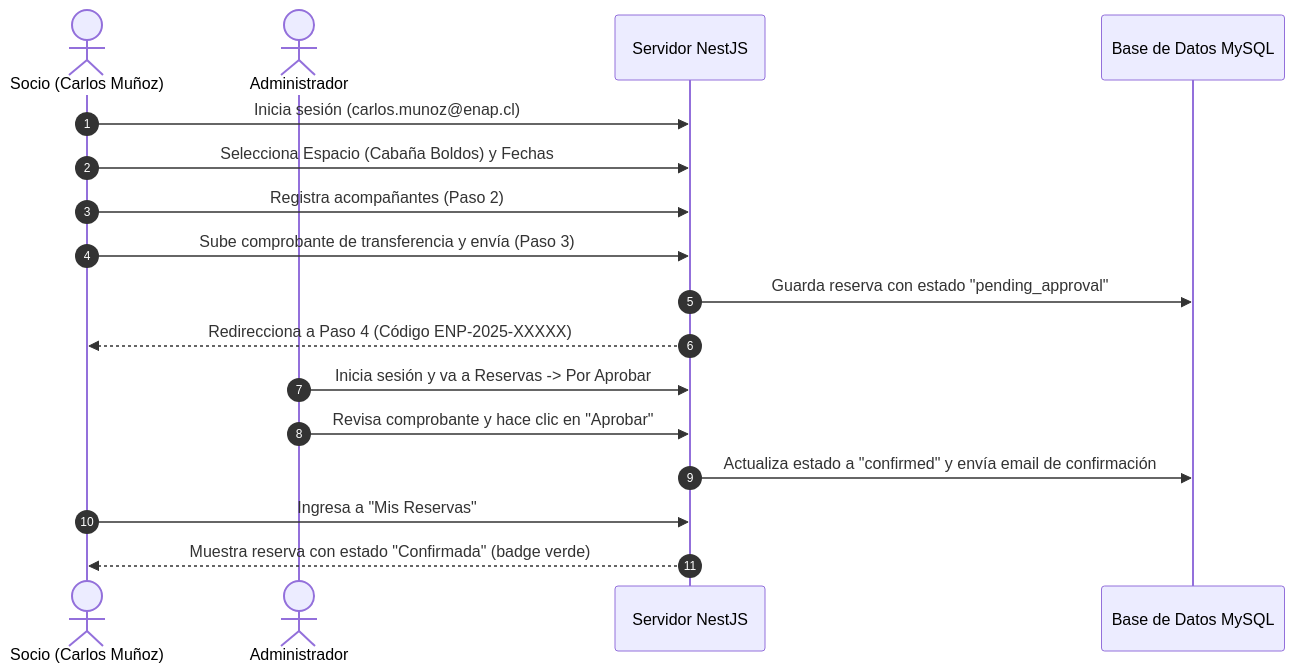
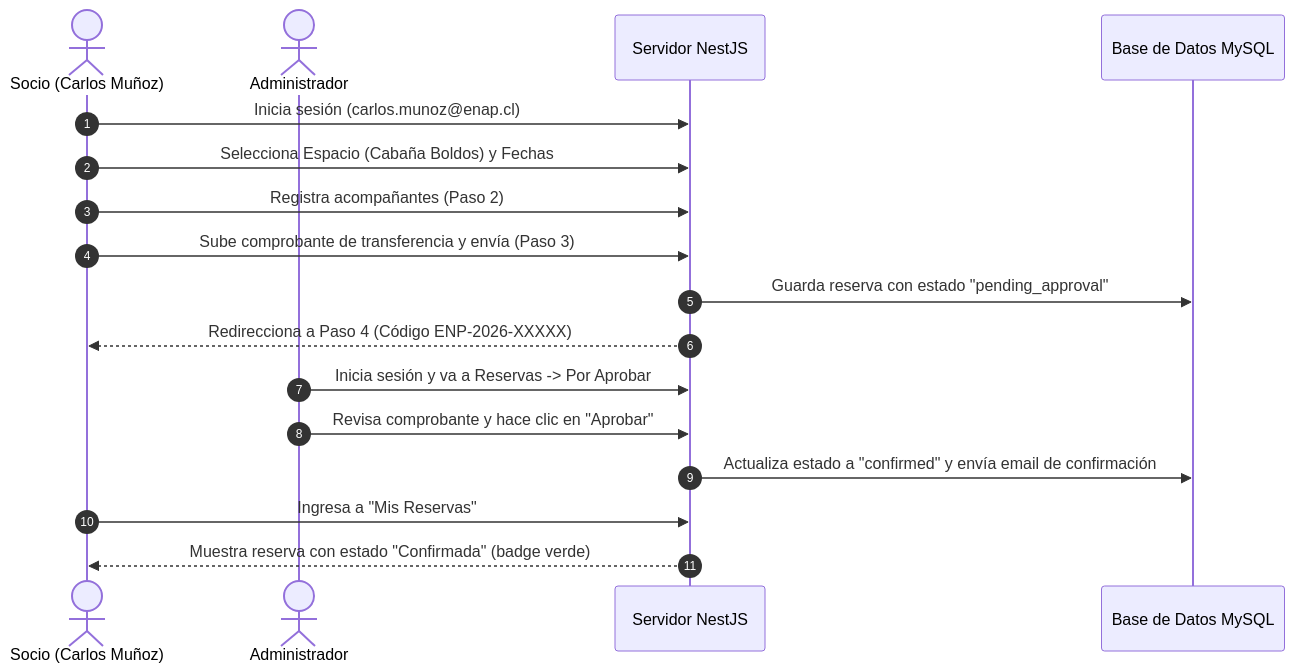
The diagram in manual_de_pruebas.md (fuentesbusco/enap-booking-platform), drawn with Mermaid before and after one commit. The commit also changed other lines of this file and 4 other files, not shown here.

````diff
--- a/manual_de_pruebas.md
+++ b/manual_de_pruebas.md
@@ -23,20 +21,20 @@
 ```mermaid
 sequenceDiagram
     autonumber
     actor Cliente as Socio (Carlos Muñoz)
     actor Admin as Administrador
     participant Srv as Servidor NestJS
     participant DB as Base de Datos MySQL
     
     Cliente->>Srv: Inicia sesión (carlos.munoz@enap.cl)
     Cliente->>Srv: Selecciona Espacio (Cabaña Boldos) y Fechas
     Cliente->>Srv: Registra acompañantes (Paso 2)
     Cliente->>Srv: Sube comprobante de transferencia y envía (Paso 3)
     Srv->>DB: Guarda reserva con estado "pending_approval"
-    Srv-->>Cliente: Redirecciona a Paso 4 (Código ENP-2025-XXXXX)
+    Srv-->>Cliente: Redirecciona a Paso 4 (Código ENP-2026-XXXXX)
     Admin->>Srv: Inicia sesión y va a Reservas -> Por Aprobar
     Admin->>Srv: Revisa comprobante y hace clic en "Aprobar"
     Srv->>DB: Actualiza estado a "confirmed" y envía email de confirmación
     Cliente->>Srv: Ingresa a "Mis Reservas"
     Srv-->>Cliente: Muestra reserva con estado "Confirmada" (badge verde)
 ```
````
